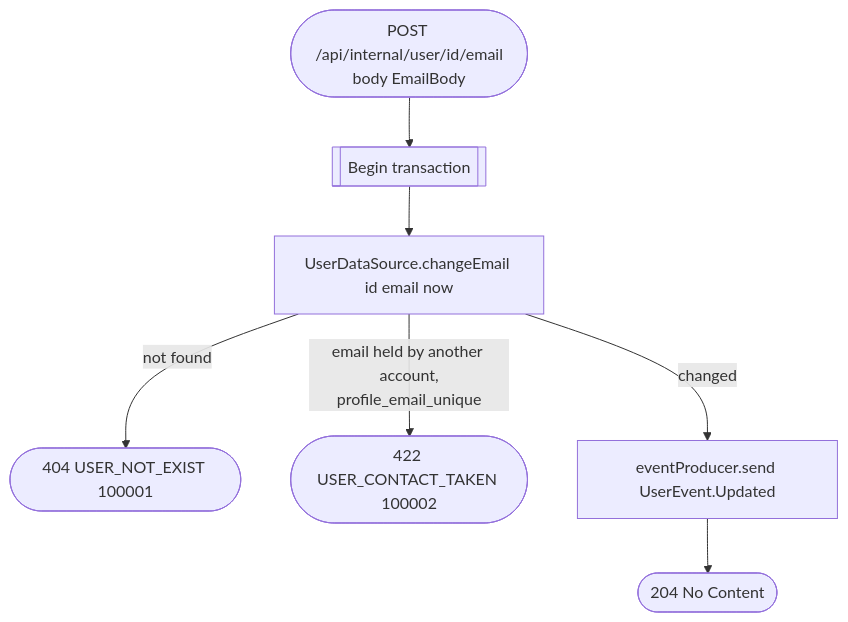
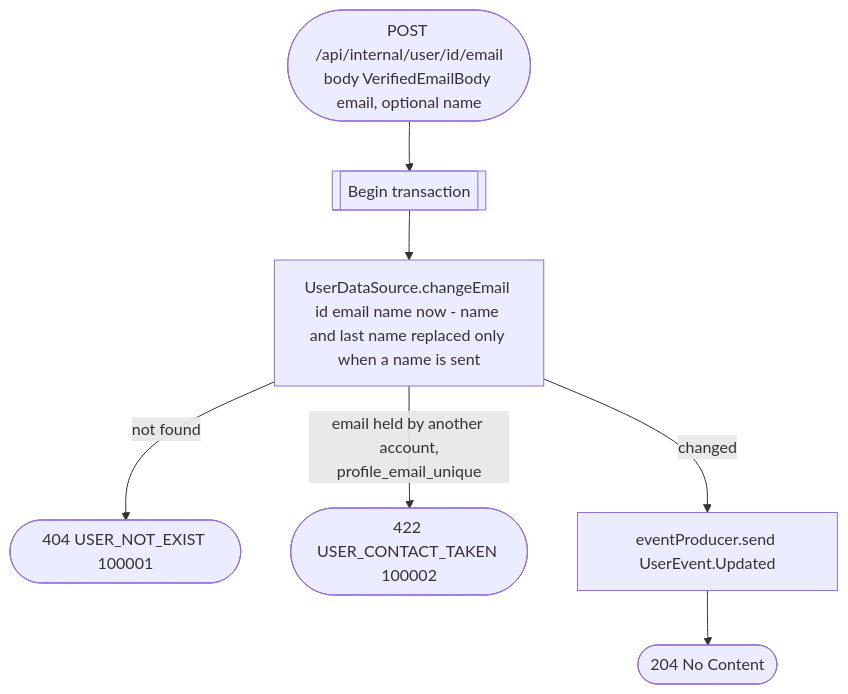
One commit to nocturneproperties/bookkme changed the diagram in docs/operations/user/change-user-email-internal.md. Above: the diagram before and after it, drawn with Mermaid. The commit also changed other lines of this file and 14 other files, not shown here.

Commit message:
[ISSUE-205] let the internal email change replace the profile name

````diff
--- a/docs/operations/user/change-user-email-internal.md
+++ b/docs/operations/user/change-user-email-internal.md
@@ -13,9 +16,9 @@
 ```mermaid
 flowchart TD
-    Start([POST /api/internal/user/id/email<br/>body EmailBody]) --> Tx[[Begin transaction]]
-    Tx --> Change[UserDataSource.changeEmail id email now]
+    Start([POST /api/internal/user/id/email<br/>body VerifiedEmailBody email, optional name]) --> Tx[[Begin transaction]]
+    Tx --> Change[UserDataSource.changeEmail id email name now - name and last name replaced only when a name is sent]
     Change -- not found --> R404([404 USER_NOT_EXIST 100001])
     Change -- email held by another account,<br/>profile_email_unique --> R422([422 USER_CONTACT_TAKEN 100002])
     Change -- changed --> Event[eventProducer.send UserEvent.Updated]
     Event --> R204([204 No Content])
 ```
````
